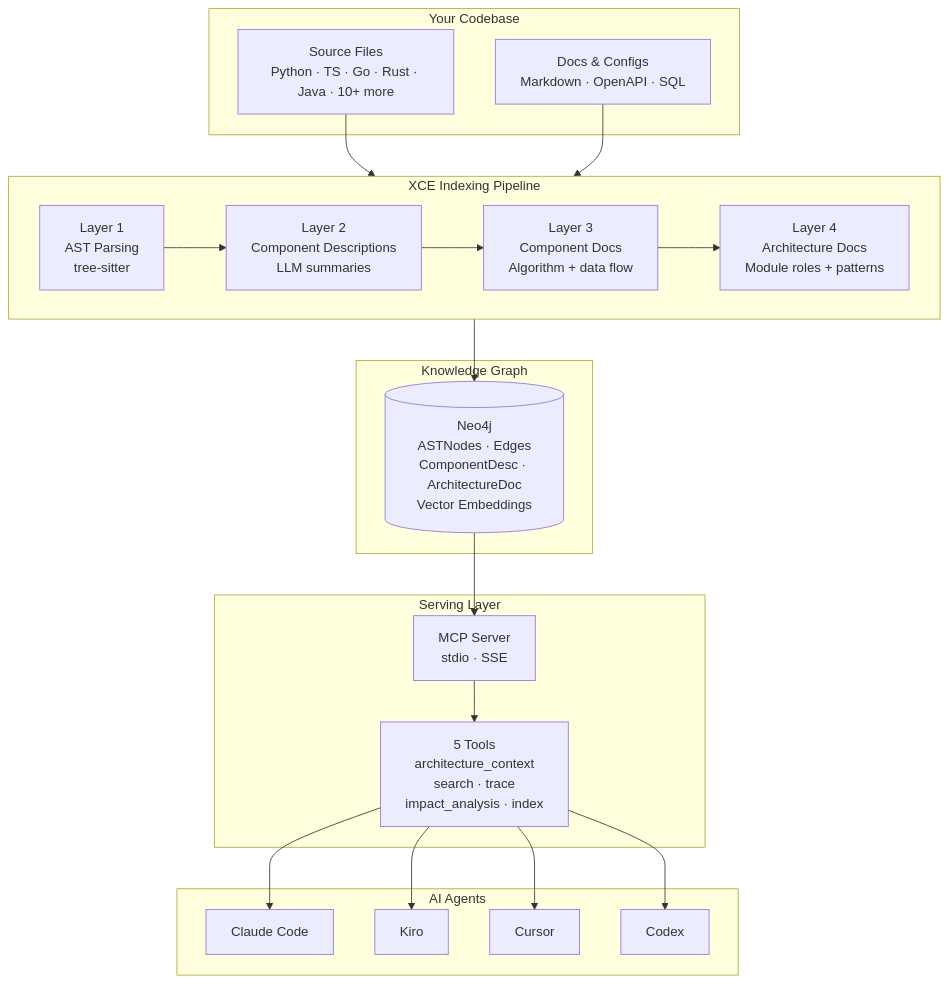
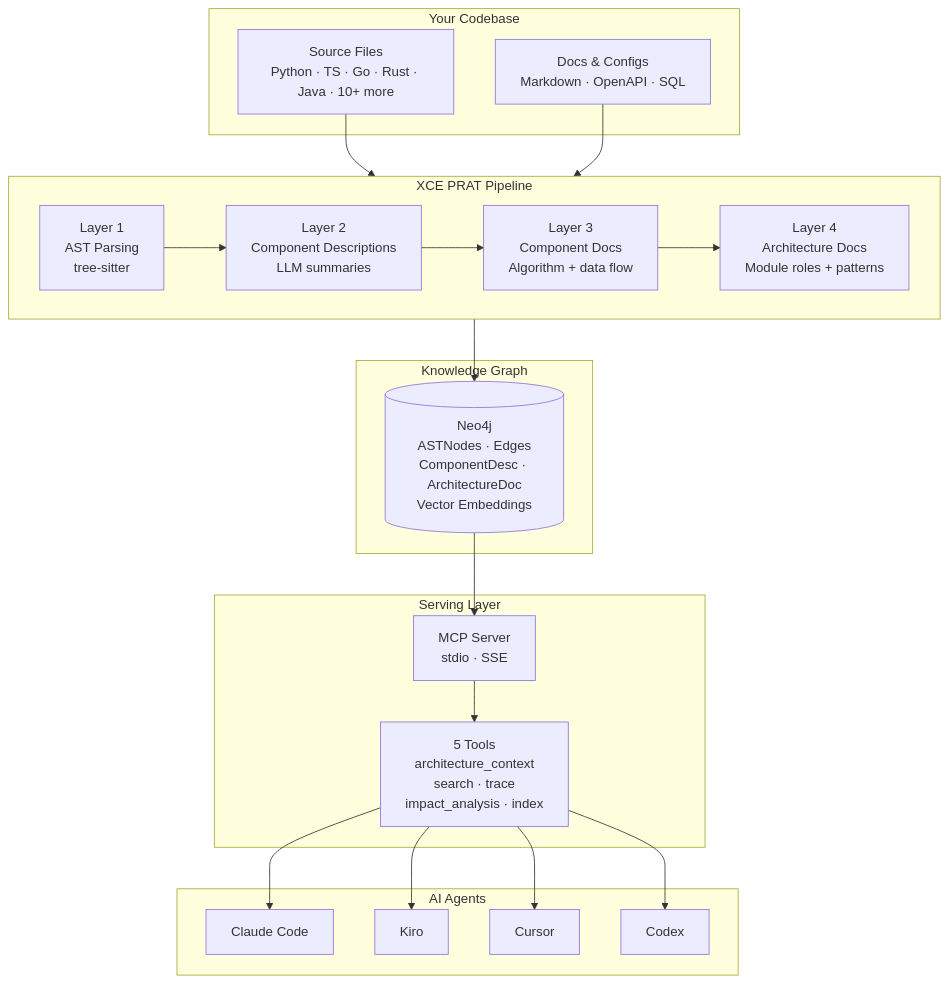
One commit to Xanther-Ai/xanther-context-engine changed the second of 5 diagrams in README.md. Above: the diagram before and after it, drawn with Mermaid. The commit also changed other lines of this file, not shown here.

Commit message:
docs: comprehensive XCE README with SWE-bench benchmarks, PRAT, Mermaid diagrams, all previous content restored

````diff
--- a/README.md
+++ b/README.md
@@ -31,39 +55,39 @@
 ```mermaid
 graph TB
     subgraph "Your Codebase"
         SRC[Source Files<br/>Python · TS · Go · Rust · Java · 10+ more]
         DOCS[Docs & Configs<br/>Markdown · OpenAPI · SQL]
     end
 
-    subgraph "XCE Indexing Pipeline"
+    subgraph "XCE PRAT Pipeline"
         direction LR
         L1[Layer 1<br/>AST Parsing<br/>tree-sitter]
         L2[Layer 2<br/>Component Descriptions<br/>LLM summaries]
         L3[Layer 3<br/>Component Docs<br/>Algorithm + data flow]
         L4[Layer 4<br/>Architecture Docs<br/>Module roles + patterns]
         L1 --> L2 --> L3 --> L4
     end
 
     subgraph "Knowledge Graph"
         NEO4J[(Neo4j<br/>ASTNodes · Edges<br/>ComponentDesc · ArchitectureDoc<br/>Vector Embeddings)]
     end
 
     subgraph "Serving Layer"
         MCP[MCP Server<br/>stdio · SSE]
         TOOLS[5 Tools<br/>architecture_context<br/>search · trace<br/>impact_analysis · index]
     end
 
     subgraph "AI Agents"
         CC[Claude Code]
         KIRO[Kiro]
         CURSOR[Cursor]
         CODEX[Codex]
     end
 
     SRC --> L1
     DOCS --> L1
     L4 --> NEO4J
     NEO4J --> MCP
     MCP --> TOOLS
     TOOLS --> CC & KIRO & CURSOR & CODEX
 ```
````
